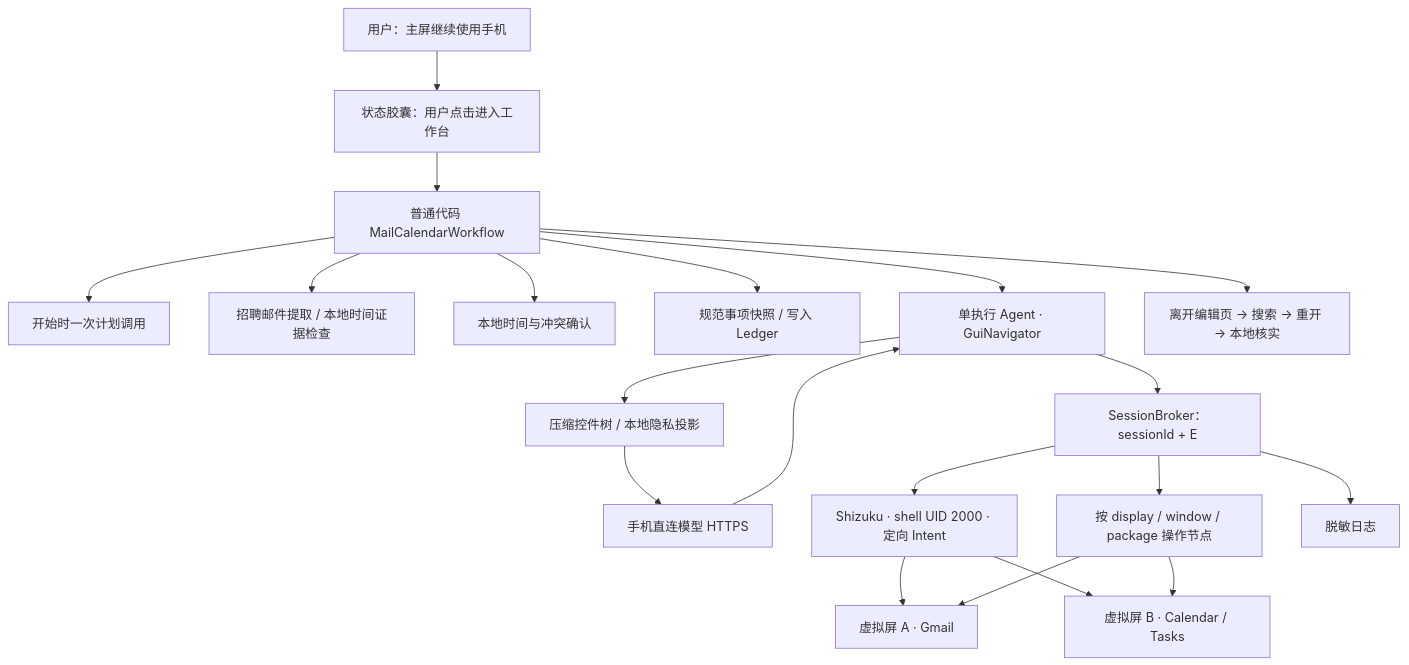
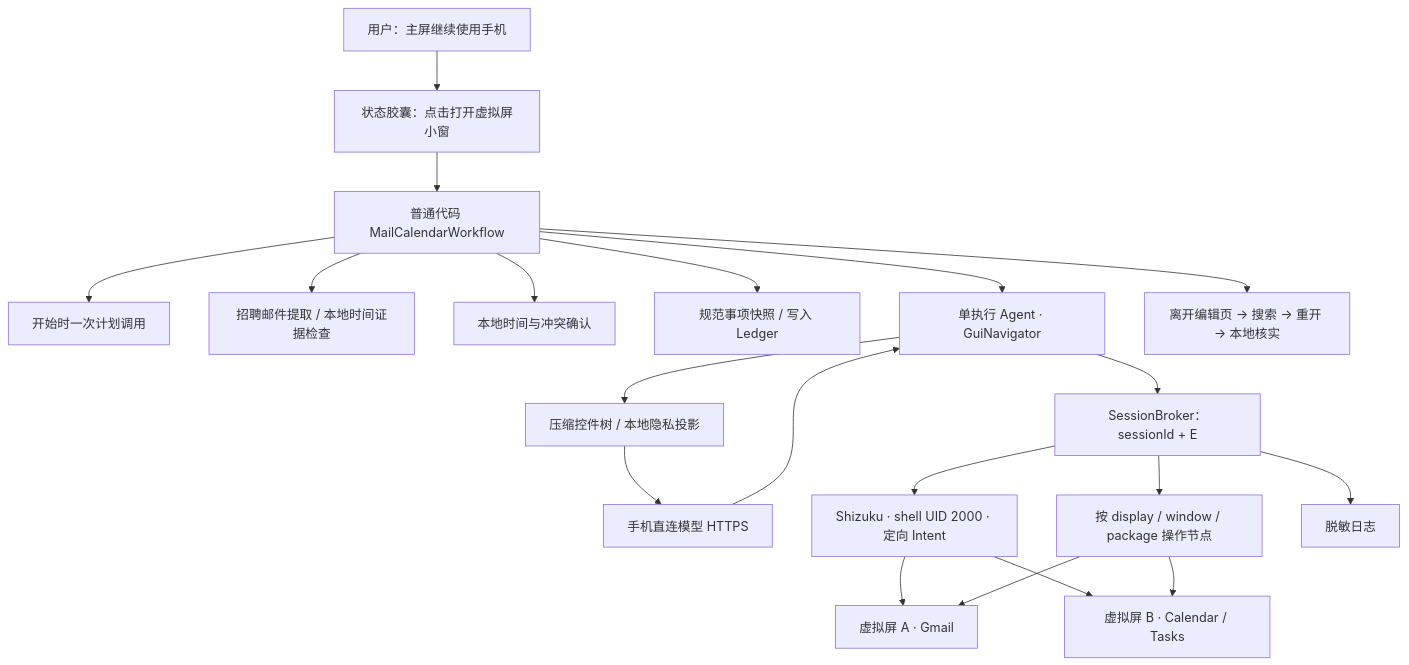
The diagram in README.md (Charlie-Uni/WellPhone-Bluewhale), drawn with Mermaid before and after one commit. The commit also changed other lines of this file and 19 other files, not shown here.

````diff
--- a/README.md
+++ b/README.md
@@ -28,22 +28,22 @@
 ```mermaid
 flowchart TB
-  User[用户：主屏继续使用手机] --> Capsule[状态胶囊：用户点击进入工作台]
+  User[用户：主屏继续使用手机] --> Capsule[状态胶囊：点击打开虚拟屏小窗]
   Capsule --> Workflow[普通代码 MailCalendarWorkflow]
   Workflow --> Plan[开始时一次计划调用]
   Workflow --> Extract[招聘邮件提取 / 本地时间证据检查]
   Workflow --> Review[本地时间与冲突确认]
   Workflow --> Ledger[规范事项快照 / 写入 Ledger]
   Workflow --> Runner[单执行 Agent · GuiNavigator]
   Runner --> Privacy[压缩控件树 / 本地隐私投影]
   Privacy --> Model[手机直连模型 HTTPS]
   Model --> Runner
   Runner --> Broker[SessionBroker：sessionId + E]
   Broker --> A11y[按 display / window / package 操作节点]
   Broker --> Shell[Shizuku · shell UID 2000 · 定向 Intent]
   Shell --> A[虚拟屏 A · Gmail]
   Shell --> B[虚拟屏 B · Calendar / Tasks]
   A11y --> A
   A11y --> B
   Workflow --> Proof[离开编辑页 → 搜索 → 重开 → 本地核实]
   Broker --> Journal[脱敏日志]
 ```
````
